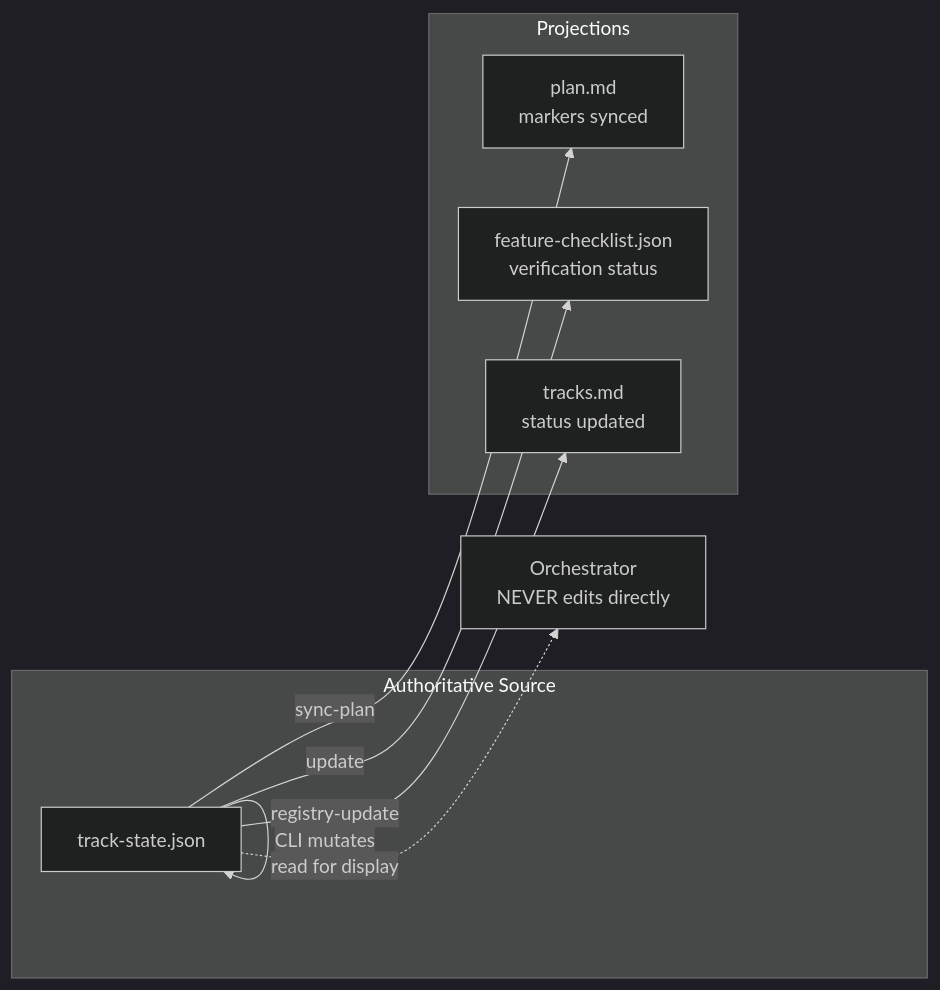
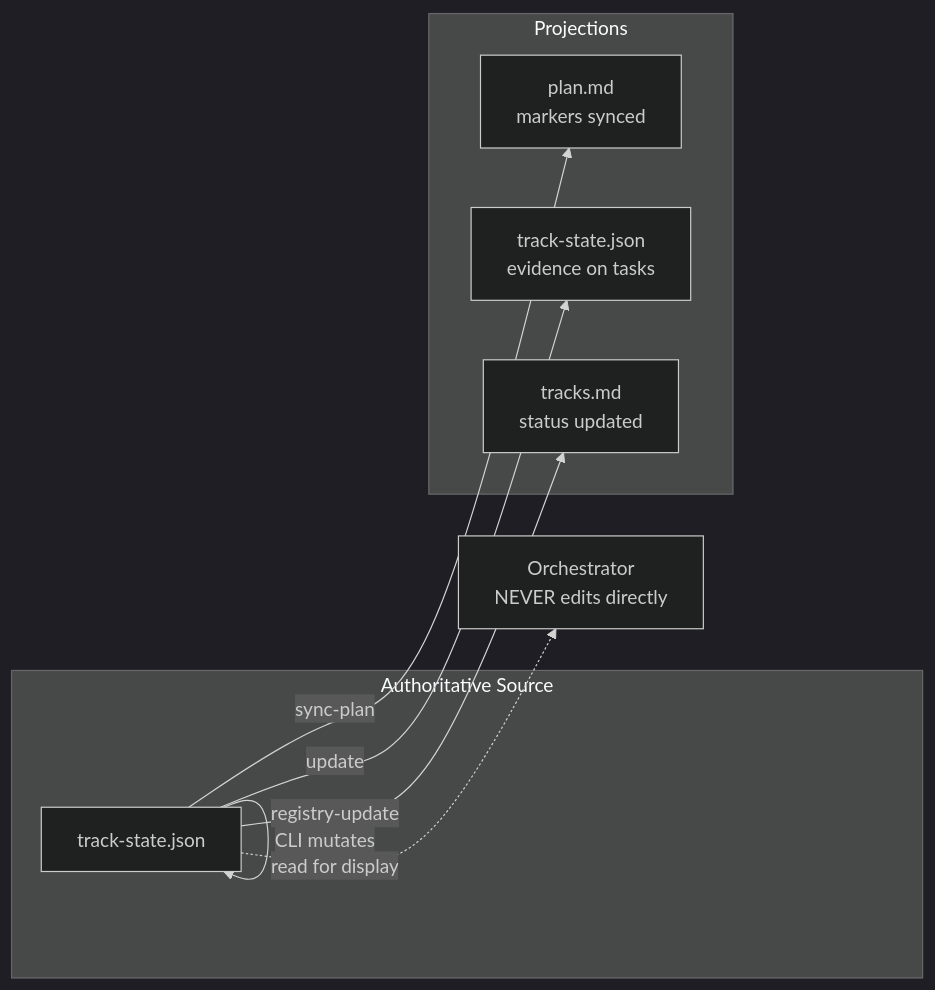
Before and after one commit to AtaraxiaEpiphany/conductor: the seventh of 9 diagrams in developer/architecture/INTERACTION_MECHANISM.md, drawn with Mermaid (dark theme). The commit also changed other lines of this file and 8 other files, not shown here.

First line of the commit message:
refactor(state): merge feature-checklist.json into track-state.json

````diff
--- a/developer/architecture/INTERACTION_MECHANISM.md
+++ b/developer/architecture/INTERACTION_MECHANISM.md
@@ -310,19 +310,19 @@
 ```mermaid
 graph LR
     subgraph "Authoritative Source"
         State[track-state.json]
     end
 
     subgraph "Projections"
         Plan[plan.md<br/>markers synced]
-        Checklist[feature-checklist.json<br/>verification status]
+        Checklist[track-state.json<br/>evidence on tasks]
         Registry[tracks.md<br/>status updated]
     end
 
     State -->|CLI mutates| State
     State -->|sync-plan| Plan
     State -->|update| Checklist
     State -->|registry-update| Registry
 
     State -.->|read for display| Orchestrator[Orchestrator<br/>NEVER edits directly]
 ```
````
